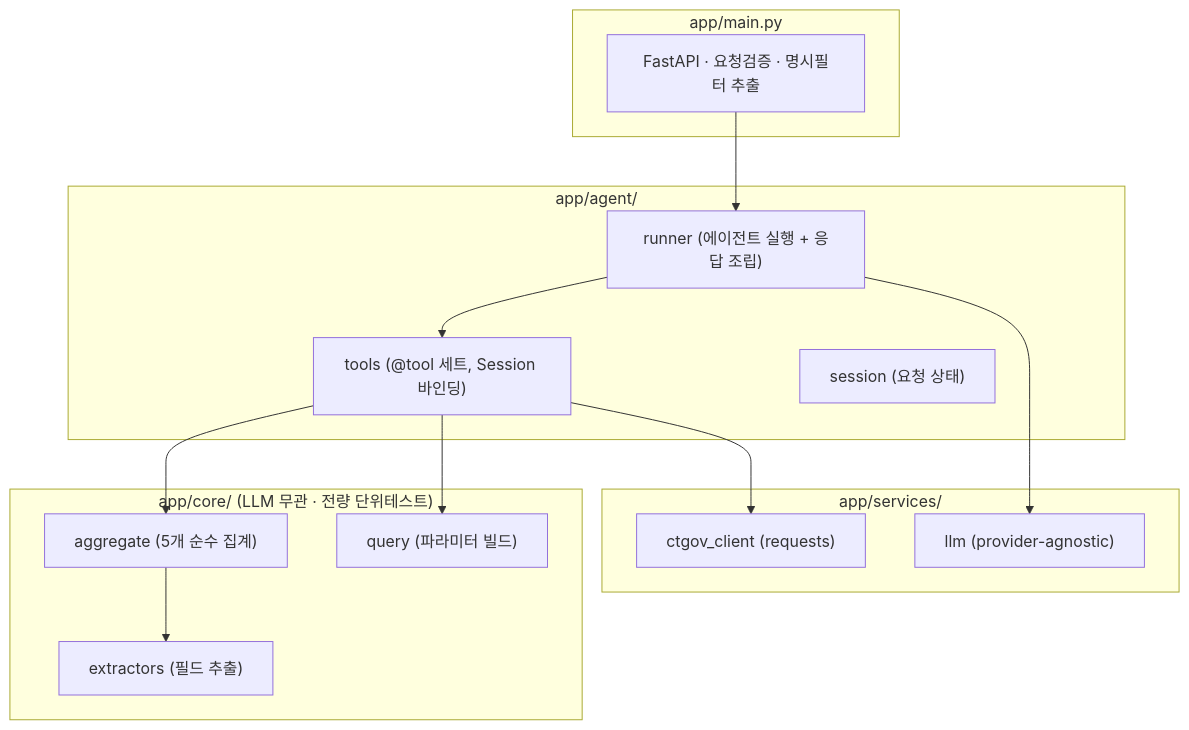
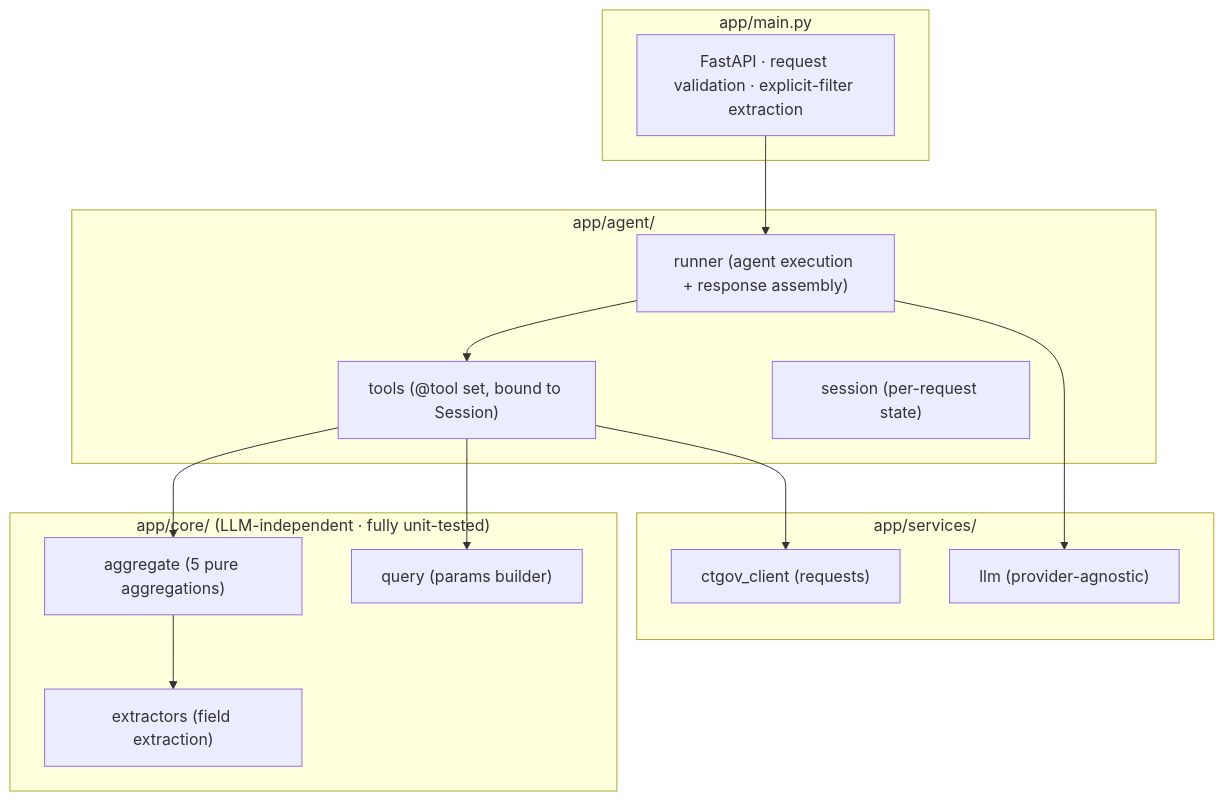
Before and after one commit to kingjiwoo/h-assignment: the third of 3 diagrams in docs/architecture.md, drawn with Mermaid. The commit also changed other lines of this file and 29 other files, not shown here.

````diff
--- a/docs/architecture.md
+++ b/docs/architecture.md
@@ -70,26 +72,26 @@
 ```mermaid
 flowchart TD
     subgraph API["app/main.py"]
-        M["FastAPI · 요청검증 · 명시필터 추출"]
+        M["FastAPI · request validation · explicit-filter extraction"]
     end
     subgraph Orchestration["app/agent/"]
-        R["runner (에이전트 실행 + 응답 조립)"]
-        TL["tools (@tool 세트, Session 바인딩)"]
-        SE["session (요청 상태)"]
+        R["runner (agent execution + response assembly)"]
+        TL["tools (@tool set, bound to Session)"]
+        SE["session (per-request state)"]
     end
-    subgraph Core["app/core/ (LLM 무관 · 전량 단위테스트)"]
-        AG["aggregate (5개 순수 집계)"]
-        EX["extractors (필드 추출)"]
-        QB["query (파라미터 빌드)"]
+    subgraph Core["app/core/ (LLM-independent · fully unit-tested)"]
+        AG["aggregate (5 pure aggregations)"]
+        EX["extractors (field extraction)"]
+        QB["query (params builder)"]
     end
     subgraph Services["app/services/"]
         CC["ctgov_client (requests)"]
         LM["llm (provider-agnostic)"]
     end
 
     M --> R --> TL --> AG
     TL --> QB
     AG --> EX
     TL --> CC
     R --> LM
 ```
````
